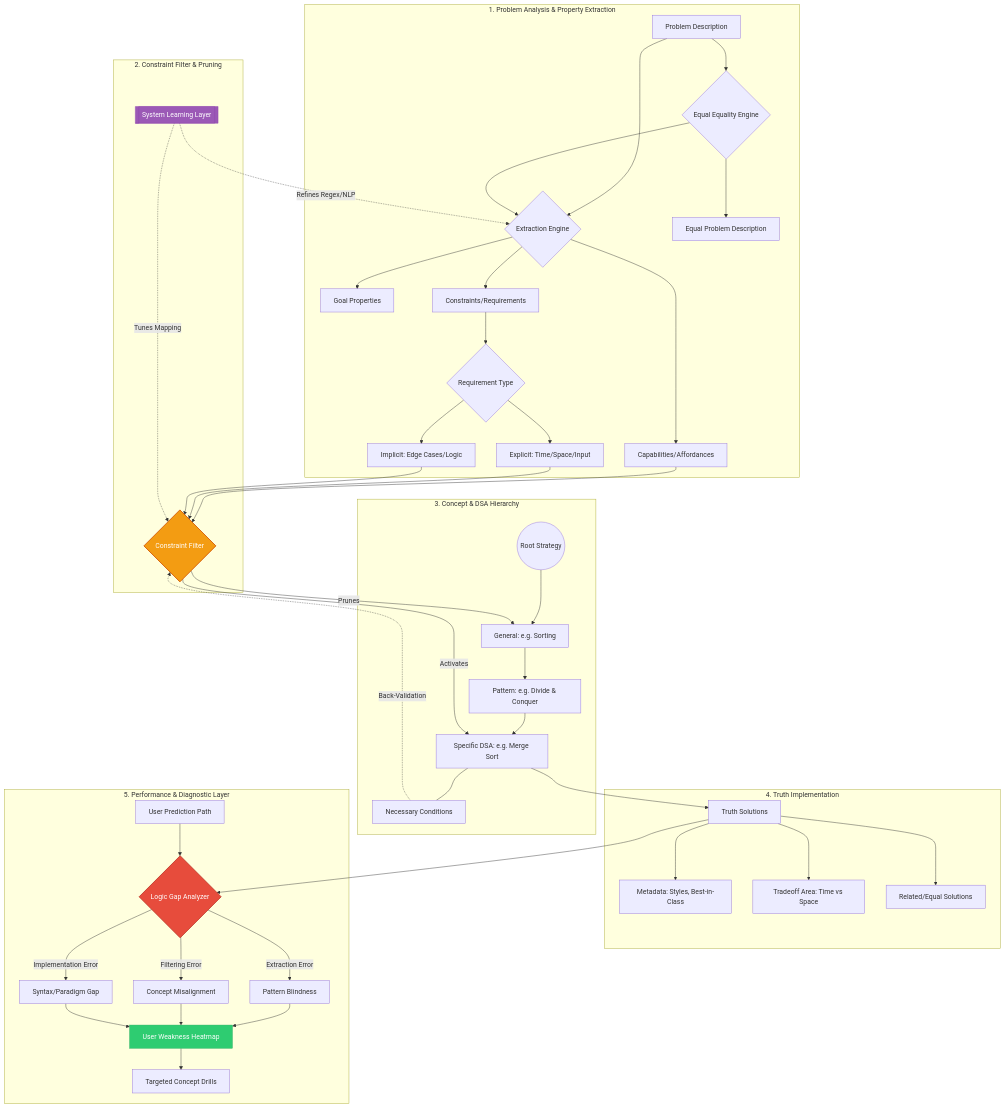
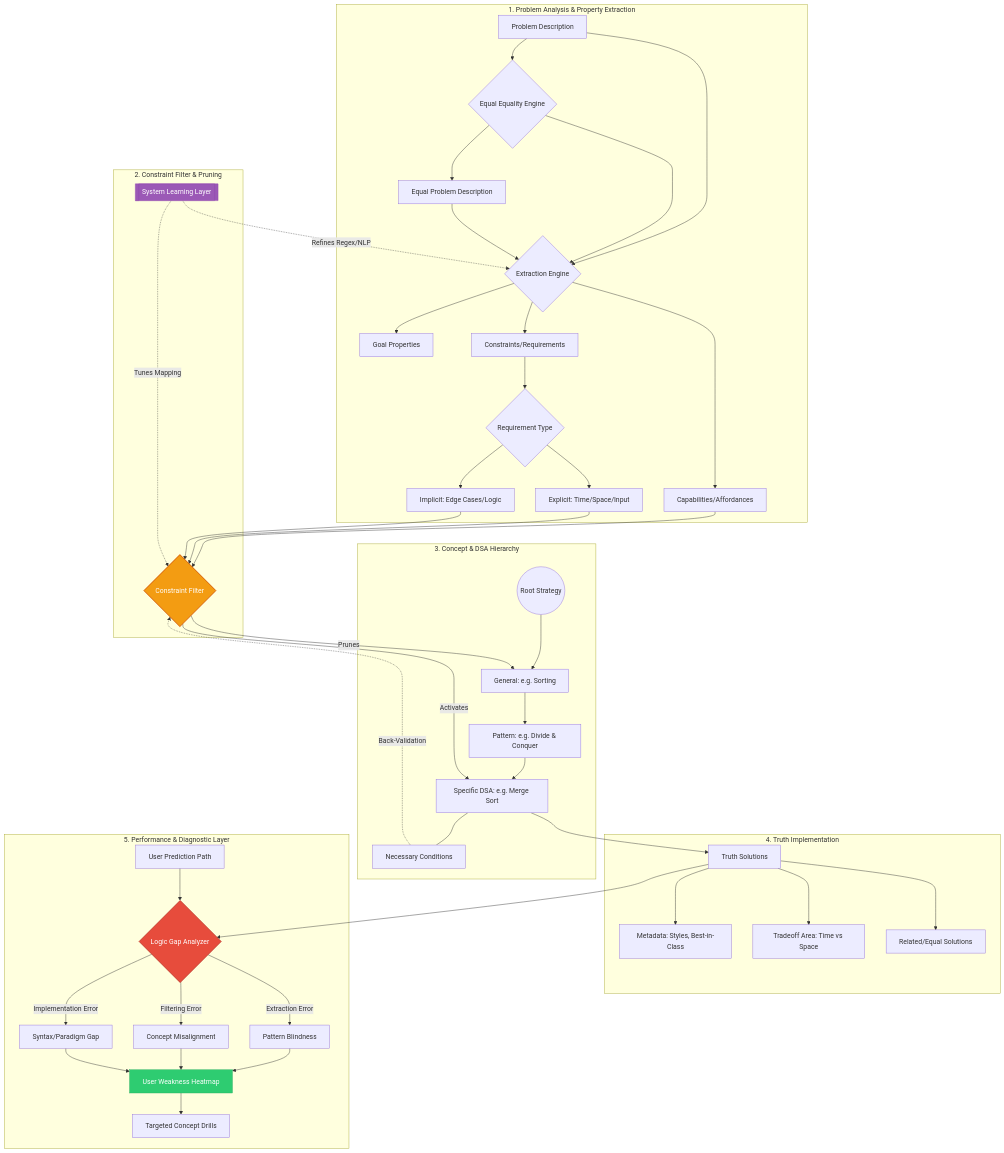
One commit to tbrumbaugh5396/another_code_trainer changed the diagram in README.md. Above: the diagram before and after it, drawn with Mermaid. The commit also changed 1 other file, not shown here.

````diff
--- a/README.md
+++ b/README.md
@@ -1,70 +1,71 @@
 ```mermaid
 graph TD
     %% --- LAYER 1: DATA INGESTION & FEATURE EXTRACTION ---
     subgraph Ingestion_Layer [1. Problem Analysis & Property Extraction]
         P_Raw[Problem Description]         --> P_Analytic{Extraction Engine}
         P_Raw                              --> Equality_Engine{Equal Equality Engine}
         
         Equality_Engine                    --> P_Raw_Equal[Equal Problem Description]
         
 
         P_Analytic                         --> P_Goal[Goal Properties]
         P_Analytic                         --> P_Cap[Capabilities/Affordances]
         P_Analytic                         --> P_Con[Constraints/Requirements]
         
         P_Con                              --> Req_Type{Requirement Type}
         Req_Type                           --> Req_Exp[Explicit: Time/Space/Input]
         Req_Type                           --> Req_Imp[Implicit: Edge Cases/Logic]
 
         Equality_Engine                    --> P_Analytic
+        P_Raw_Equal                        --> P_Analytic
     end
 
     %% --- LAYER 2: THE INTERMEDIATE LOGIC GATE ---
     subgraph Logic_Gate [2. Constraint Filter & Pruning]
         P_Cap & Req_Exp & Req_Imp          --> CF_Gate{Constraint Filter}
         
         %% Component Learning (System)
         Sys_Learn[[System Learning Layer]] -.->|Refines Regex/NLP| P_Analytic
         Sys_Learn                          -.->|Tunes Mapping| CF_Gate
     end
 
     %% --- LAYER 3: CONCEPTUAL TAXONOMY (The Tree) ---
     subgraph Concept_Hierarchy [3. Concept & DSA Hierarchy]
         C_Root((Root Strategy))            --> C_General[General: e.g. Sorting]
         C_General                          --> C_Pattern[Pattern: e.g. Divide & Conquer]
         C_Pattern                          --> C_DSA[Specific DSA: e.g. Merge Sort]
         
         CF_Gate                            -->|Prunes| C_General
         CF_Gate                            -->|Activates| C_DSA
         
         C_DSA                              --- C_Nec[Necessary Conditions]
         C_Nec                              -.->|Back-Validation| CF_Gate
     end
 
     %% --- LAYER 4: SOLUTION OUTCOMES ---
     subgraph Solution_Outcomes [4. Truth Implementation]
         C_DSA                              --> T_Sol[Truth Solutions]
         T_Sol                              --> S_Meta[Metadata: Styles, Best-in-Class]
         T_Sol                              --> S_Trade[Tradeoff Area: Time vs Space]
         T_Sol                              --> S_Rel[Related/Equal Solutions]
     end
 
     %% --- LAYER 5: THE USER LEARNING LAYER (The Performance Tracker) ---
     subgraph User_Learning [5. Performance & Diagnostic Layer]
         User_Input[User Prediction Path]   --> Compare{Logic Gap Analyzer}
         T_Sol                              --> Compare
         
         Compare                            -->|Extraction Error| D_Pattern[Pattern Blindness]
         Compare                            -->|Filtering Error| D_Logic[Concept Misalignment]
         Compare                            -->|Implementation Error| D_Skill[Syntax/Paradigm Gap]
         
         D_Pattern & D_Logic & D_Skill      --> Heatmap[User Weakness Heatmap]
         Heatmap                            --> Recommendation[Targeted Concept Drills]
     end
 
     %% Styling
     style CF_Gate fill:#f39c12,stroke:#d35400,stroke-width:2px,color:#fff
     style Sys_Learn fill:#9b59b6,stroke:#8e44ad,color:#fff
     style Compare fill:#e74c3c,stroke:#c0392b,stroke-width:2px,color:#fff
     style Heatmap fill:#2ecc71,stroke:#27ae60,color:#fff
 ```
````
